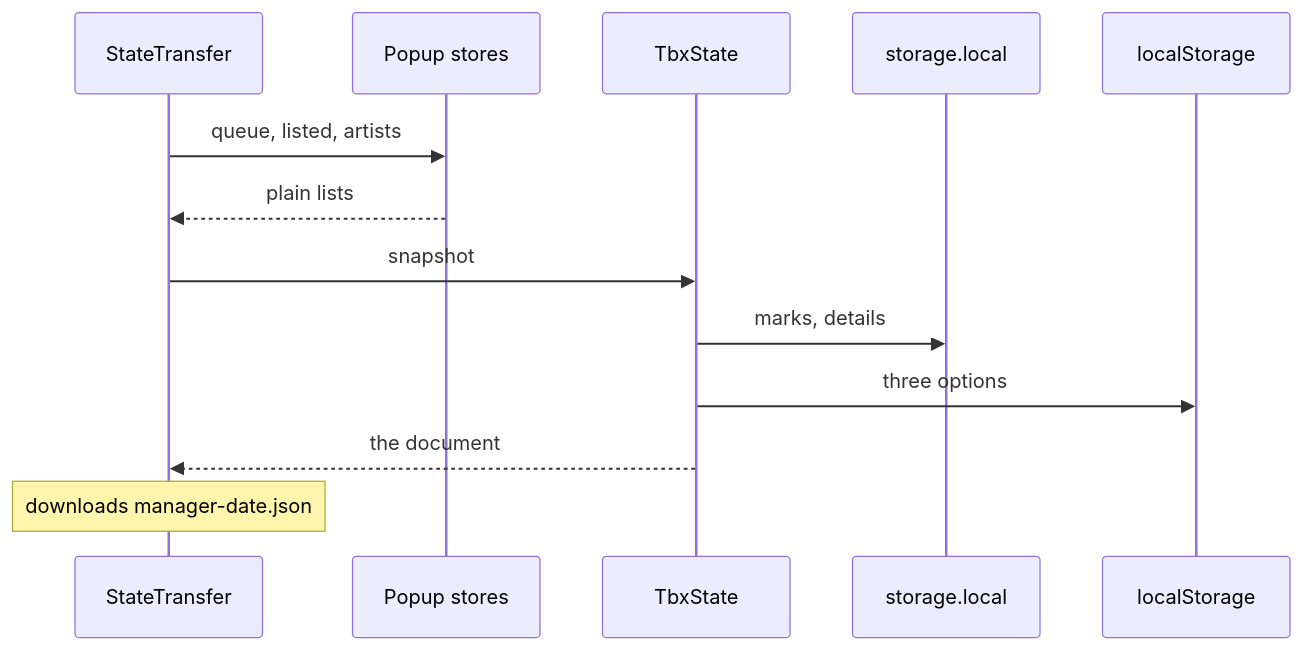
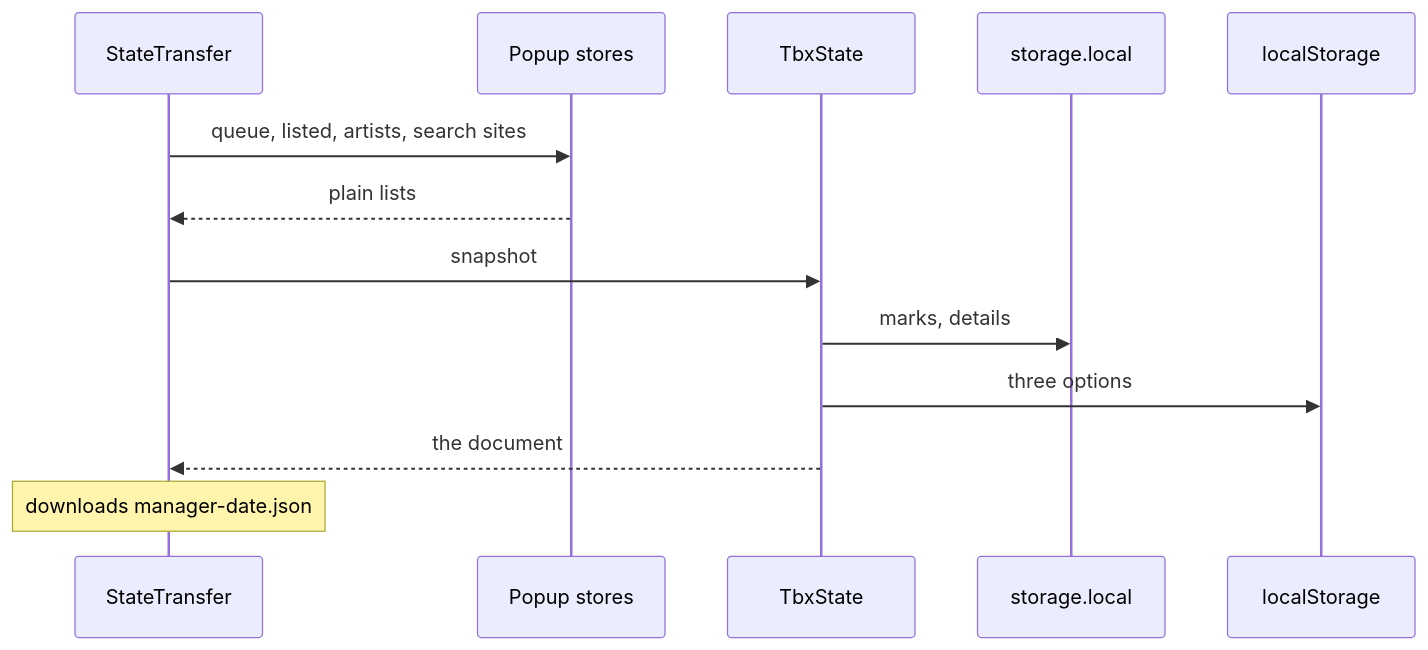
The seventh of 9 diagrams in apps/localtoolbox/docs/diagrams/state.md (cutenode/localnetwork), drawn with Mermaid before and after one commit. The commit also changed other lines of this file and 2 other files, not shown here.

First line of the commit message:
docs(localtoolbox): put search sites in the state file and settings diagrams

````diff
--- a/apps/localtoolbox/docs/diagrams/state.md
+++ b/apps/localtoolbox/docs/diagrams/state.md
@@ -206,15 +206,15 @@
 ```mermaid
 sequenceDiagram
   participant T as StateTransfer
   participant O as Popup stores
   participant S as TbxState
   participant B as storage.local
   participant L as localStorage
-  T->>O: queue, listed, artists
+  T->>O: queue, listed, artists, search sites
   O-->>T: plain lists
   T->>S: snapshot
   S->>B: marks, details
   S->>L: three options
   S-->>T: the document
   Note over T: downloads manager-date.json
 ```
````
